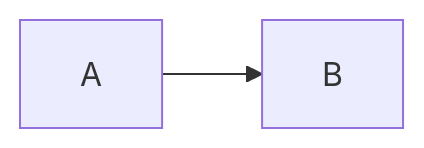
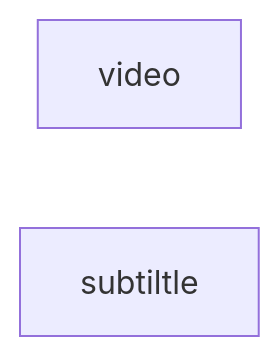
One commit to jiangnanqw12/note-system-processor changed the diagram in README.md. Above: the diagram before and after it, drawn with Mermaid. The commit also changed 4 other files, not shown here.

````diff
--- a/README.md
+++ b/README.md
@@ -3,4 +3,5 @@
 ```mermaid
 graph LR
-A-->B
+A[video]
+b[subtiltle]
 ```
````
